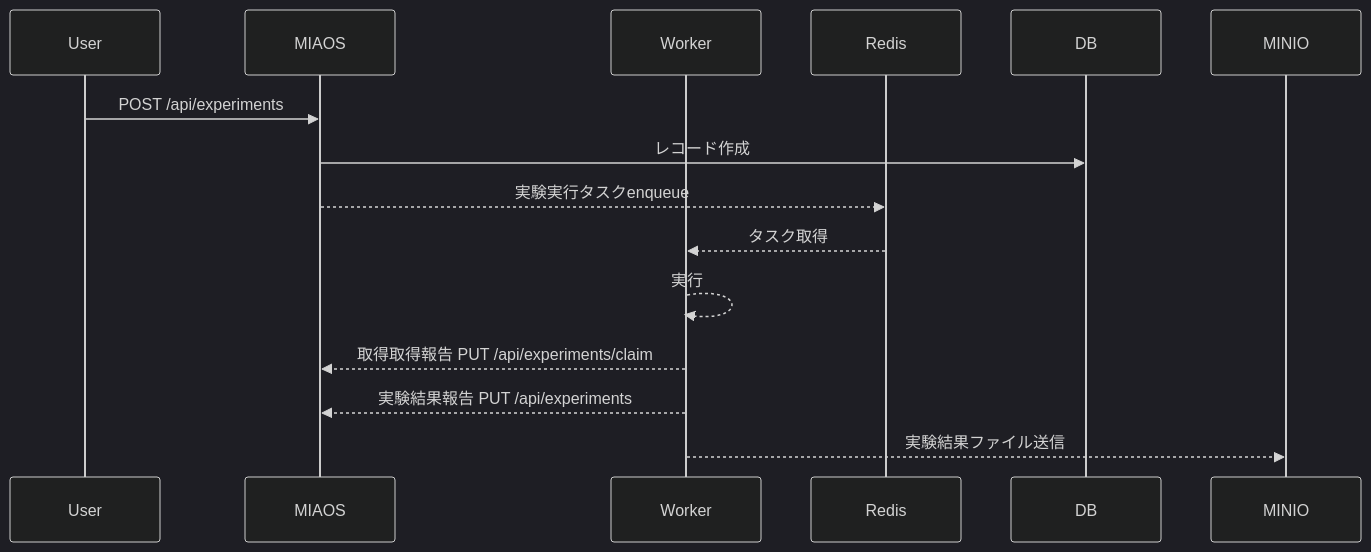
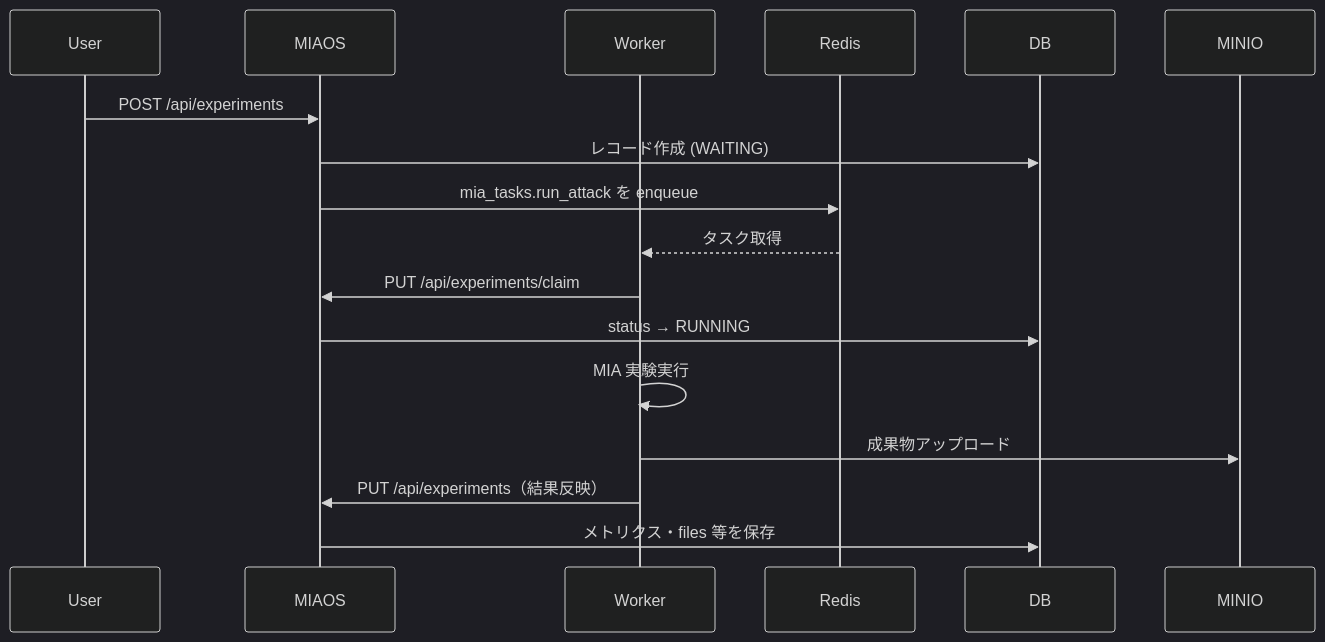
One commit to GoldenPoisonedApple/MIAOS changed the diagram in orchestrator/backend/docs/SPECIFICATION.md. Above: the diagram before and after it, drawn with Mermaid (dark theme). The commit also changed other lines of this file and 3 other files, not shown here.

````diff
--- a/orchestrator/backend/docs/SPECIFICATION.md
+++ b/orchestrator/backend/docs/SPECIFICATION.md
@@ -75,18 +144,20 @@
 ```mermaid
 sequenceDiagram
 	participant User
 	participant MIAOS
 	participant Worker
 	participant Redis
 	participant DB
 	participant MINIO
 
 	User->>MIAOS: POST /api/experiments
-	MIAOS->>DB: レコード作成
-	MIAOS-->>Redis: 実験実行タスクenqueue
+	MIAOS->>DB: レコード作成 (WAITING)
+	MIAOS->>Redis: mia_tasks.run_attack を enqueue
 	Redis-->>Worker: タスク取得
-	Worker-->>Worker: 実行
-	Worker-->>MIAOS: 取得取得報告 PUT /api/experiments/claim
-	Worker-->>MIAOS: 実験結果報告 PUT /api/experiments
-	Worker-->>MINIO: 実験結果ファイル送信
+	Worker->>MIAOS: PUT /api/experiments/claim
+	MIAOS->>DB: status → RUNNING
+	Worker->>Worker: MIA 実験実行
+	Worker->>MINIO: 成果物アップロード
+	Worker->>MIAOS: PUT /api/experiments（結果反映）
+	MIAOS->>DB: メトリクス・files 等を保存
 ```
````
